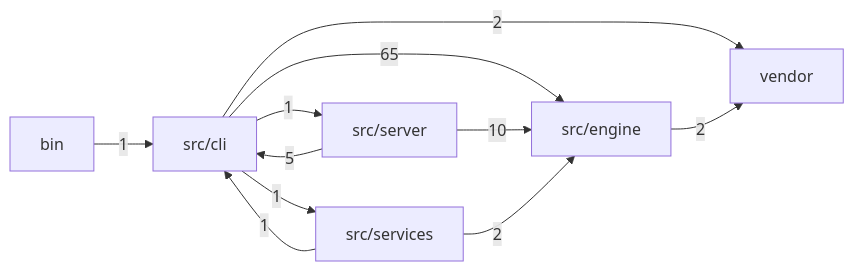
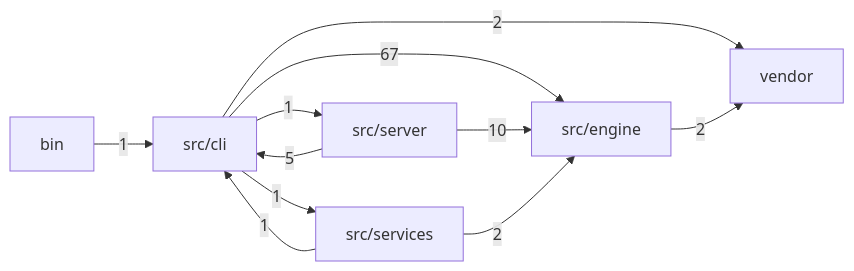
The first of 2 diagrams in docs/MODULES.md (mgillr/memev), drawn with Mermaid before and after one commit. The commit also changed other lines of this file, not shown here.

````diff
--- a/docs/MODULES.md
+++ b/docs/MODULES.md
@@ -11,19 +11,19 @@
 ```mermaid
 flowchart LR
   bin["bin"]
   cli["src/cli"]
   engine["src/engine"]
   server["src/server"]
   services["src/services"]
   vendor["vendor"]
   bin -->|"1"| cli
-  cli -->|"65"| engine
+  cli -->|"67"| engine
   cli -->|"1"| server
   cli -->|"1"| services
   cli -->|"2"| vendor
   engine -->|"2"| vendor
   server -->|"5"| cli
   server -->|"10"| engine
   services -->|"1"| cli
   services -->|"2"| engine
 ```
````
